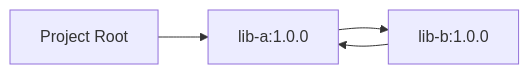
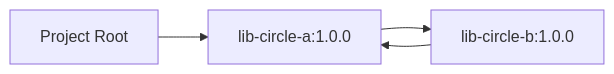
One commit to JavaDependencyHell/fieldguide changed the diagram in demos/gradle-demo/scenario-10-circular/guide.qmd. Above: the diagram before and after it, drawn with Mermaid. The commit also changed other lines of this file and 208 other files, not shown here.

````diff
--- a/demos/gradle-demo/scenario-10-circular/guide.qmd
+++ b/demos/gradle-demo/scenario-10-circular/guide.qmd
@@ -19,7 +20,7 @@
 ```{mermaid}
 %%| fig-width: 4.4
 graph LR
-    Root[Project Root] --> LibA[lib-a:1.0.0]
-    LibA --> LibB[lib-b:1.0.0]
-    LibB --> LibA
+    Root[Project Root] --> CircleA[lib-circle-a:1.0.0]
+    CircleA --> CircleB[lib-circle-b:1.0.0]
+    CircleB --> CircleA
 ```
````
